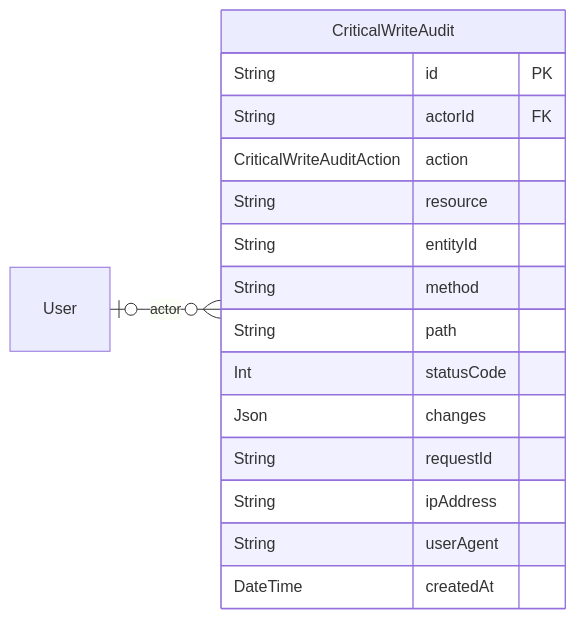
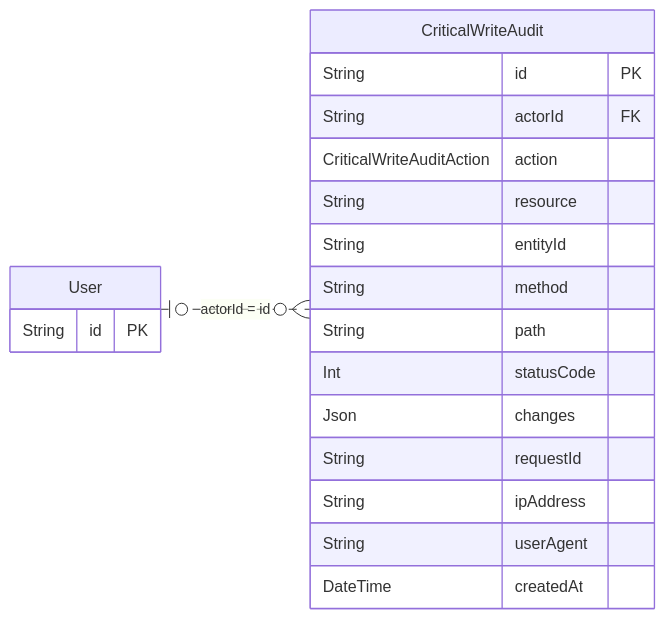
The third of 14 diagrams in docs/architecture/views/logical/data-and-persistence/generated/database-schema.md (gpgsistemas01/nexus), drawn with Mermaid before and after one commit. The commit also changed other lines of this file and 20 other files, not shown here.

Commit message:
docs: corregir relaciones ER y notación UML de diagramas

````diff
--- a/docs/architecture/views/logical/data-and-persistence/generated/database-schema.md
+++ b/docs/architecture/views/logical/data-and-persistence/generated/database-schema.md
@@ -107,20 +179,23 @@
 ```mermaid
 erDiagram
     direction LR
     CriticalWriteAudit {
         String id PK
         String actorId FK
         CriticalWriteAuditAction action
         String resource
         String entityId
         String method
         String path
         Int statusCode
         Json changes
         String requestId
         String ipAddress
         String userAgent
         DateTime createdAt
     }
-    User o|--o{ CriticalWriteAudit : "actor"
+    User {
+        String id PK
+    }
+    User o|..o{ CriticalWriteAudit : "actorId = id"
 ```
````
